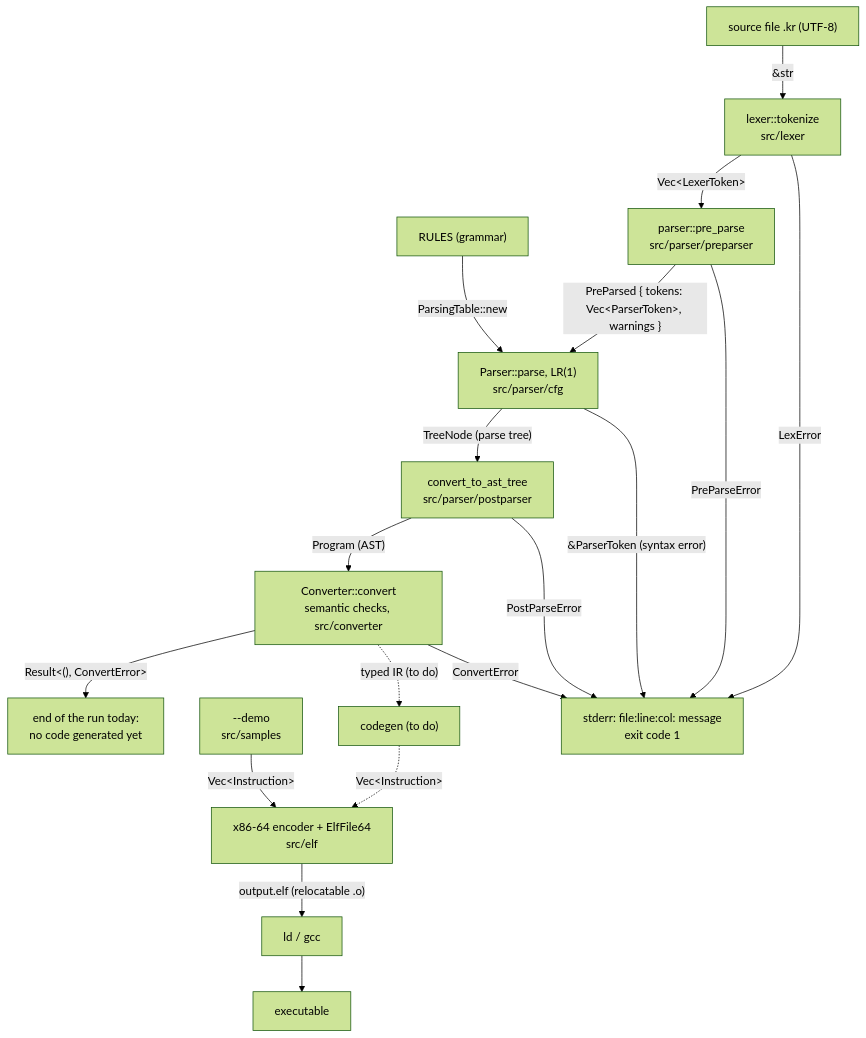
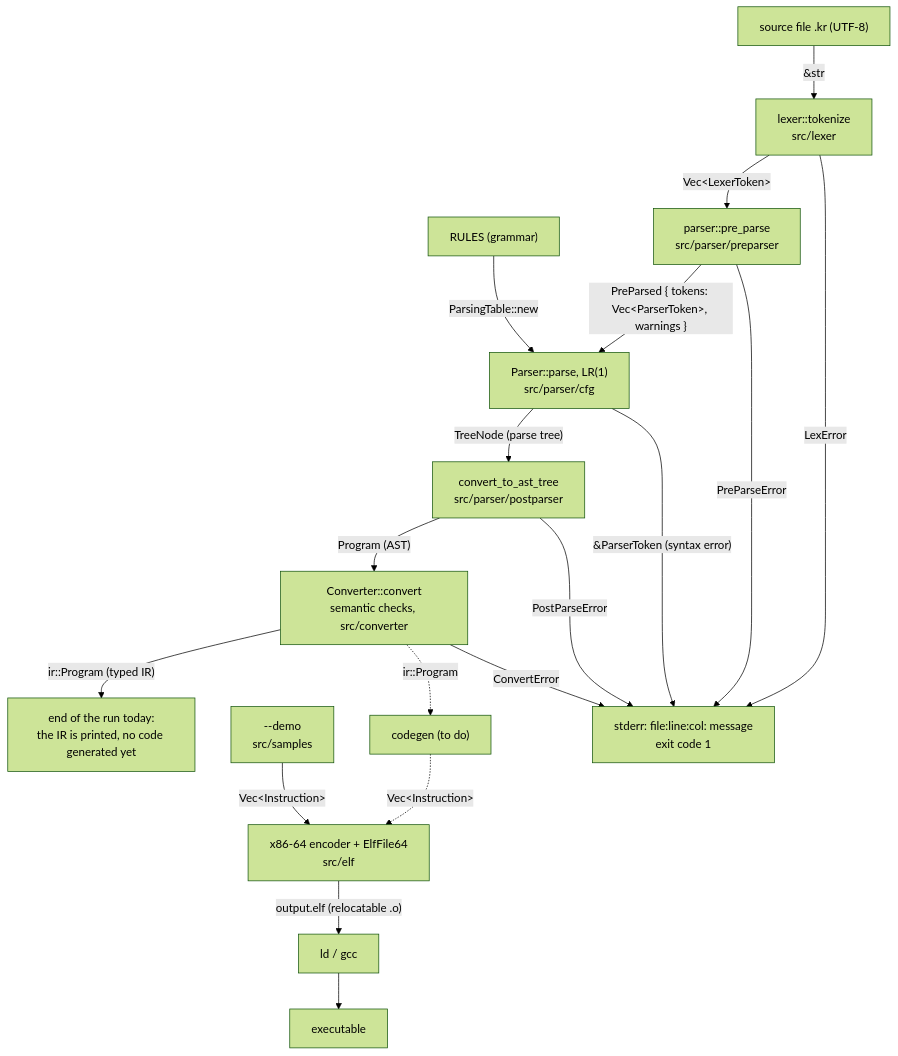
The diagram in README.md (Solype/CompilerRust), drawn with Mermaid (forest theme) before and after one commit. The commit also changed other lines of this file and 2 other files, not shown here.

Commit message:
docs: roadmap after convert_expr, return and the floats table

````diff
--- a/README.md
+++ b/README.md
@@ -39,22 +39,22 @@
 ```mermaid
 flowchart TD
     SRC["source file .kr (UTF-8)"] -->|"#amp;str"| LEX["lexer::tokenize<br/>src/lexer"]
     LEX -->|"Vec#lt;LexerToken#gt;"| PRE["parser::pre_parse<br/>src/parser/preparser"]
     PRE -->|"PreParsed { tokens: Vec#lt;ParserToken#gt;, warnings }"| PAR["Parser::parse, LR(1)<br/>src/parser/cfg"]
     RULES["RULES (grammar)"] -->|"ParsingTable::new"| PAR
     PAR -->|"TreeNode (parse tree)"| POST["convert_to_ast_tree<br/>src/parser/postparser"]
     POST -->|"Program (AST)"| CONV["Converter::convert<br/>semantic checks, src/converter"]
-    CONV -->|"Result#lt;(), ConvertError#gt;"| STOP["end of the run today:<br/>no code generated yet"]
+    CONV -->|"ir::Program (typed IR)"| STOP["end of the run today:<br/>the IR is printed, no code generated yet"]
 
-    CONV -.->|"typed IR (to do)"| GEN["codegen (to do)"]
+    CONV -.->|"ir::Program"| GEN["codegen (to do)"]
     GEN -.->|"Vec#lt;Instruction#gt;"| ELF["x86-64 encoder + ElfFile64<br/>src/elf"]
     DEMO["--demo<br/>src/samples"] -->|"Vec#lt;Instruction#gt;"| ELF
     ELF -->|"output.elf (relocatable .o)"| LD["ld / gcc"]
     LD --> BIN["executable"]
 
     LEX -->|"LexError"| ERR["stderr: file:line:col: message<br/>exit code 1"]
     PRE -->|"PreParseError"| ERR
     PAR -->|"#amp;ParserToken (syntax error)"| ERR
     POST -->|"PostParseError"| ERR
     CONV -->|"ConvertError"| ERR
 ```
````
